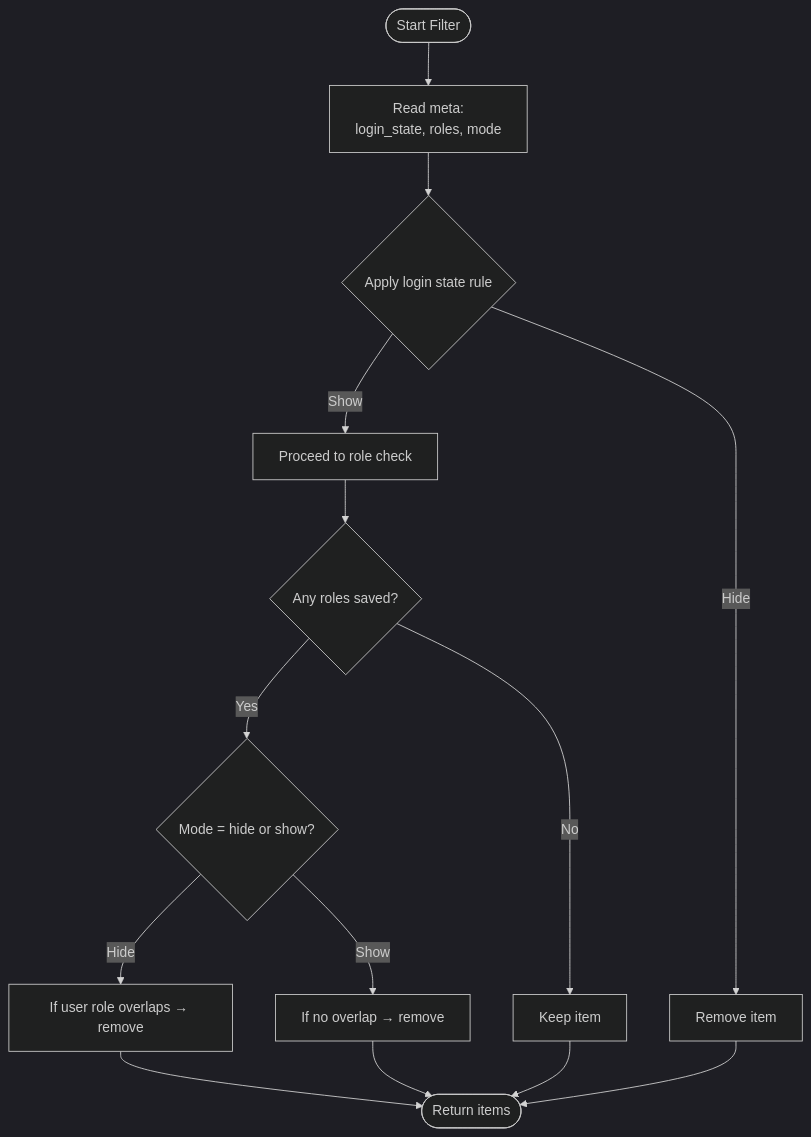
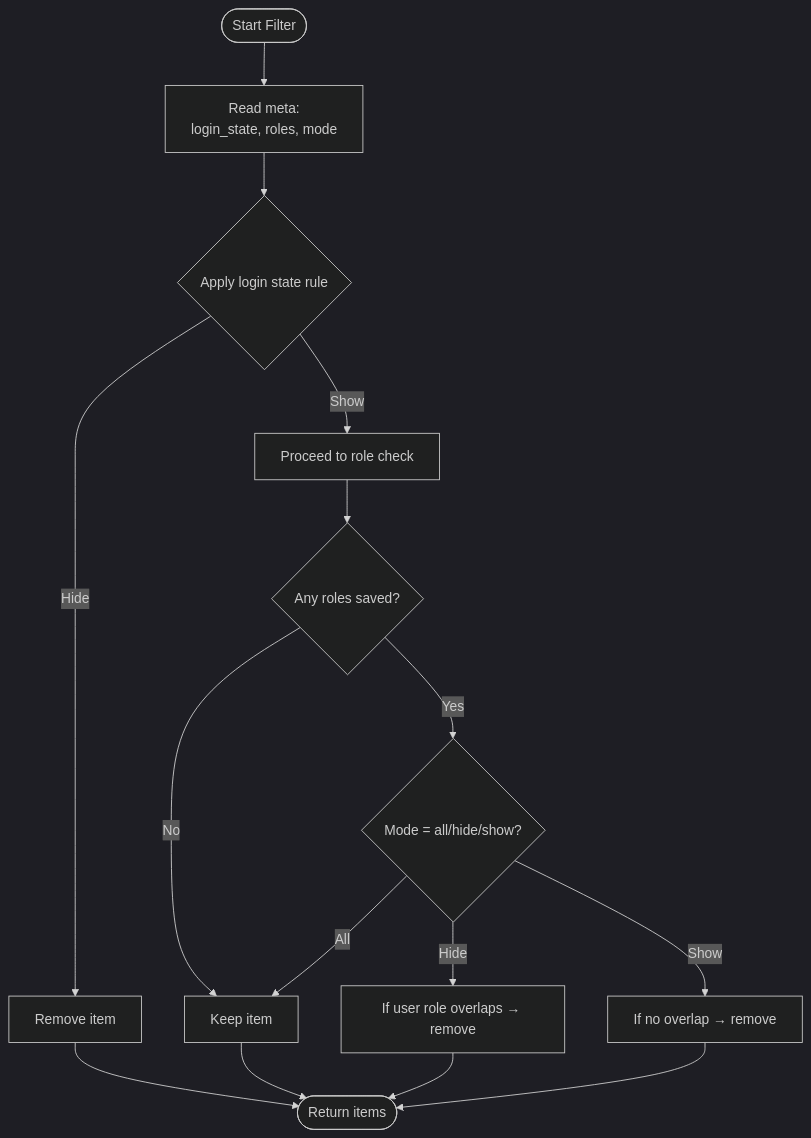
One commit to mahfuzurwp/hide-menu-items-by-role changed the fifth of 6 diagrams in .qoder/repowiki/en/content/Plugin Overview.md. Above: the diagram before and after it, drawn with Mermaid (dark theme). The commit also changed other lines of this file and 8 other files, not shown here.

````diff
--- a/.qoder/repowiki/en/content/Plugin Overview.md
+++ b/.qoder/repowiki/en/content/Plugin Overview.md
@@ -171,16 +227,17 @@
 ```mermaid
 flowchart TD
 S(["Start Filter"]) --> GetMeta["Read meta:<br/>login_state, roles, mode"]
 GetMeta --> CheckLogin{"Apply login state rule"}
 CheckLogin --> |Hide| Remove1["Remove item"]
 CheckLogin --> |Show| NextRoles["Proceed to role check"]
 NextRoles --> HasRoles{"Any roles saved?"}
 HasRoles --> |No| Keep["Keep item"]
-HasRoles --> |Yes| ModeCheck{"Mode = hide or show?"}
+HasRoles --> |Yes| ModeCheck{"Mode = all/hide/show?"}
+ModeCheck --> |All| Keep
 ModeCheck --> |Hide| HideLogic["If user role overlaps → remove"]
 ModeCheck --> |Show| ShowLogic["If no overlap → remove"]
 HideLogic --> Done(["Return items"])
 ShowLogic --> Done
 Keep --> Done
 Remove1 --> Done
 ```
````
